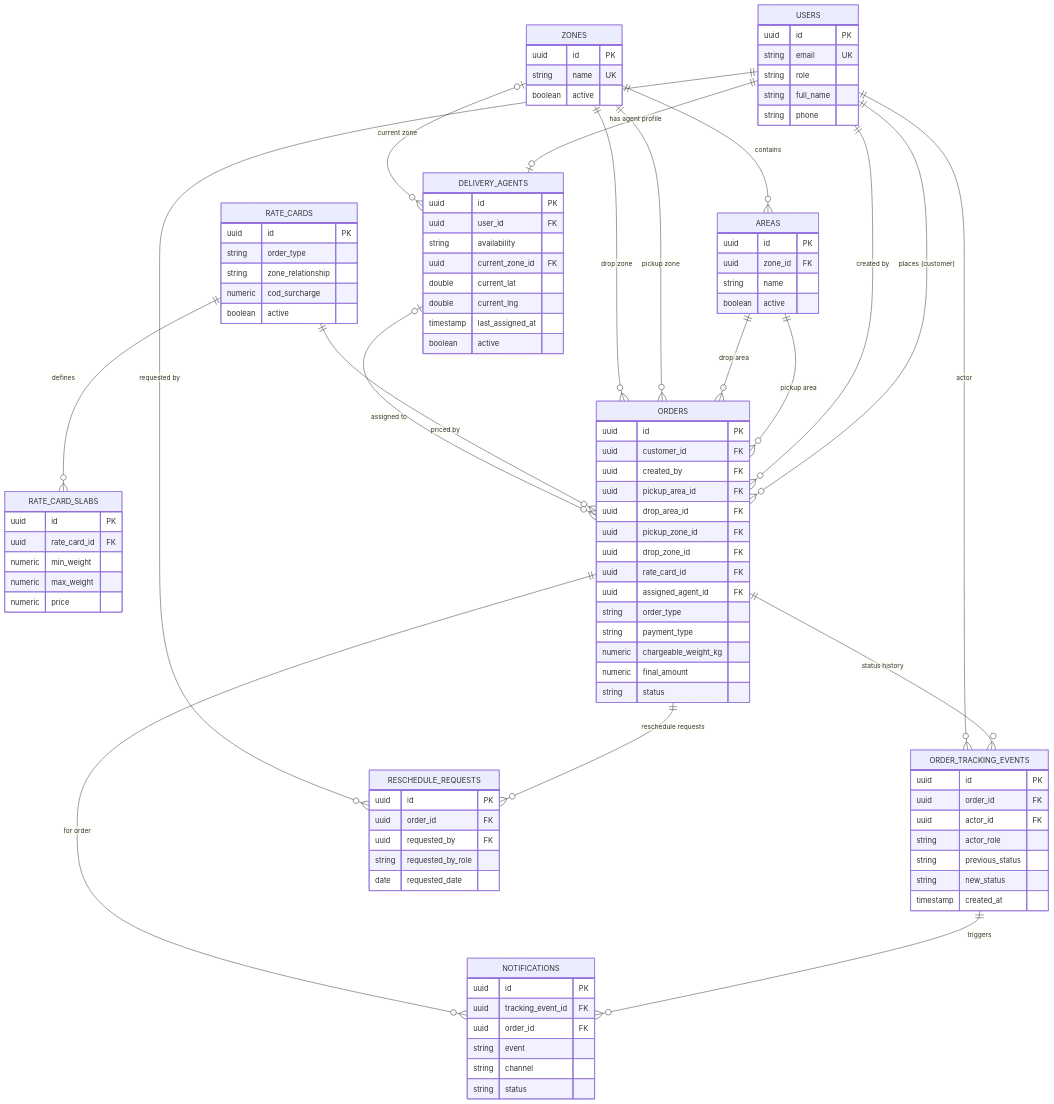
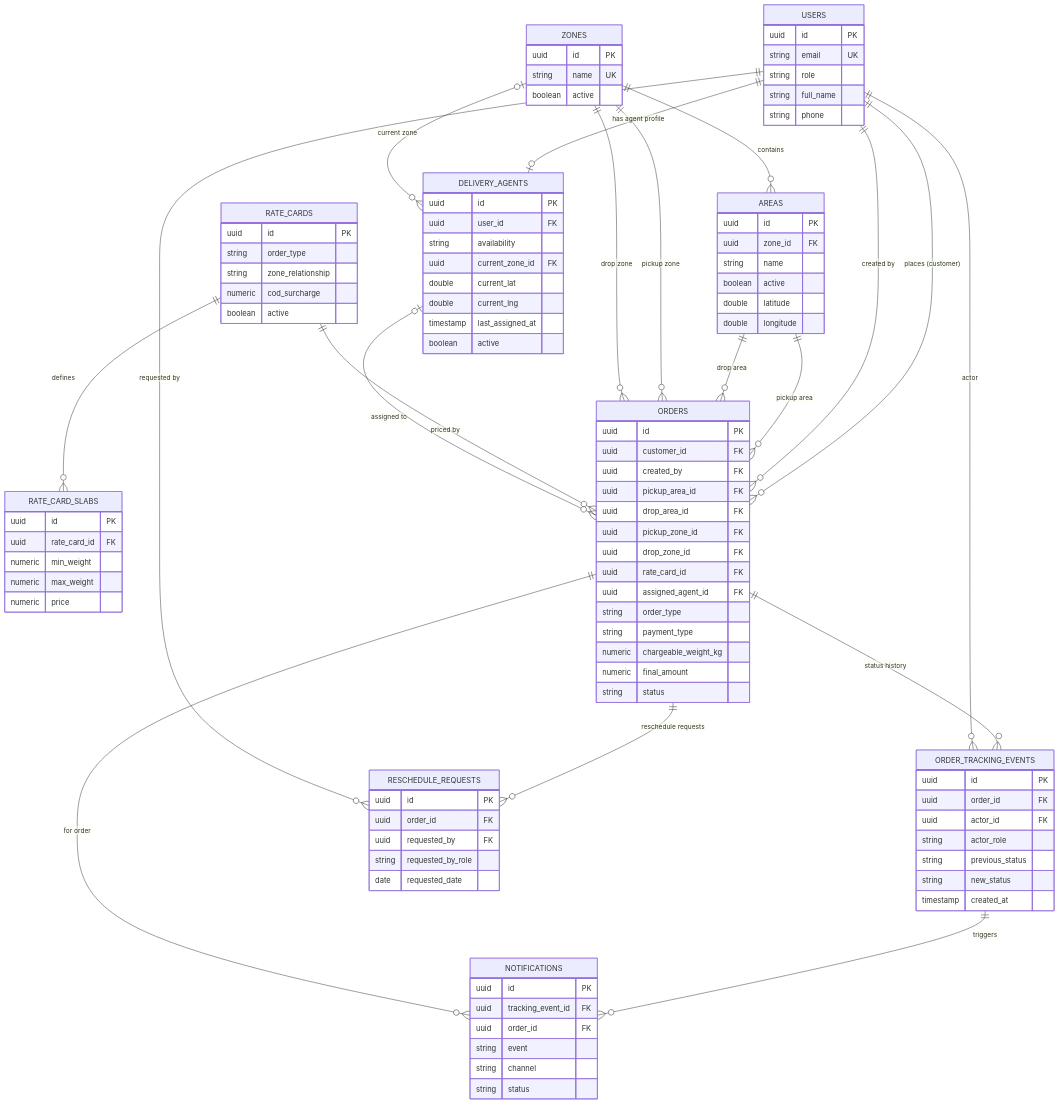
The first of 5 diagrams in README.md (balavignesh16/last-mile-delivery-tracker), drawn with Mermaid before and after one commit. The commit also changed other lines of this file and 34 other files, not shown here.

```diff
--- a/README.md
+++ b/README.md
@@ -67,6 +67,8 @@
         uuid zone_id FK
         string name
         boolean active
+        double latitude
+        double longitude
     }
     RATE_CARDS {
         uuid id PK
```
